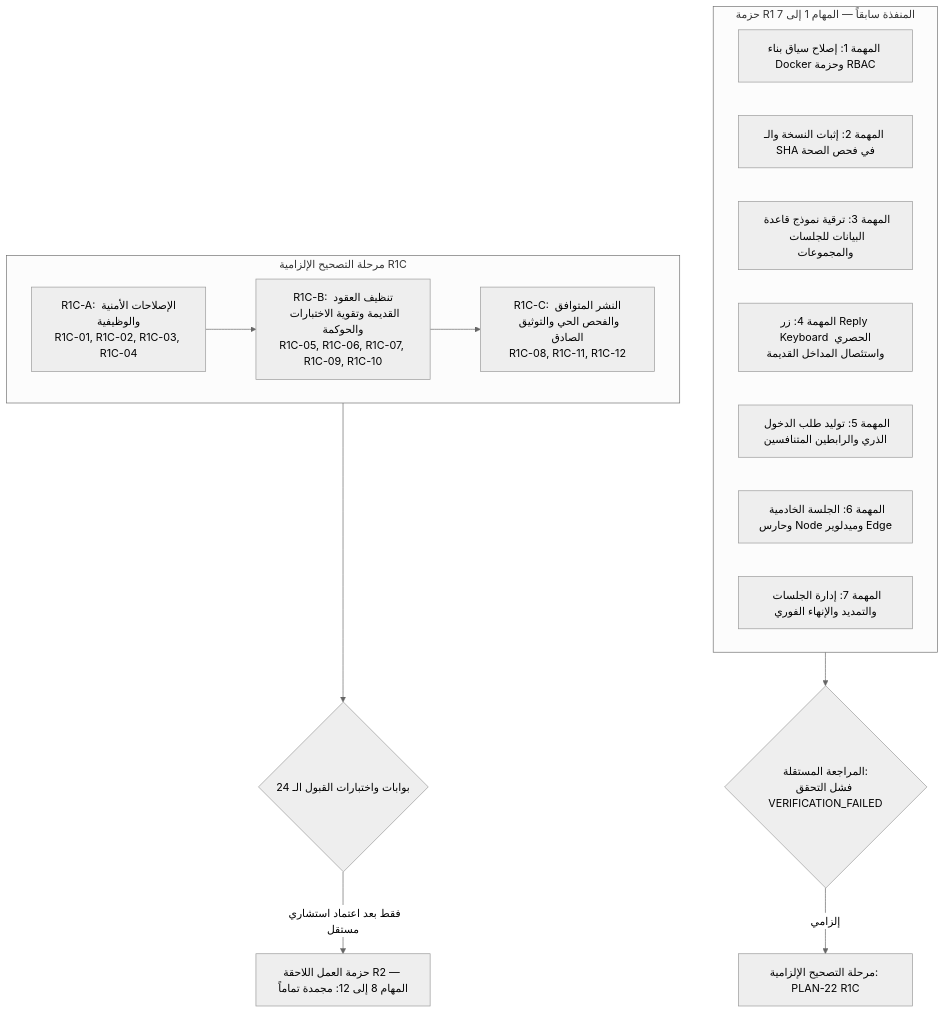
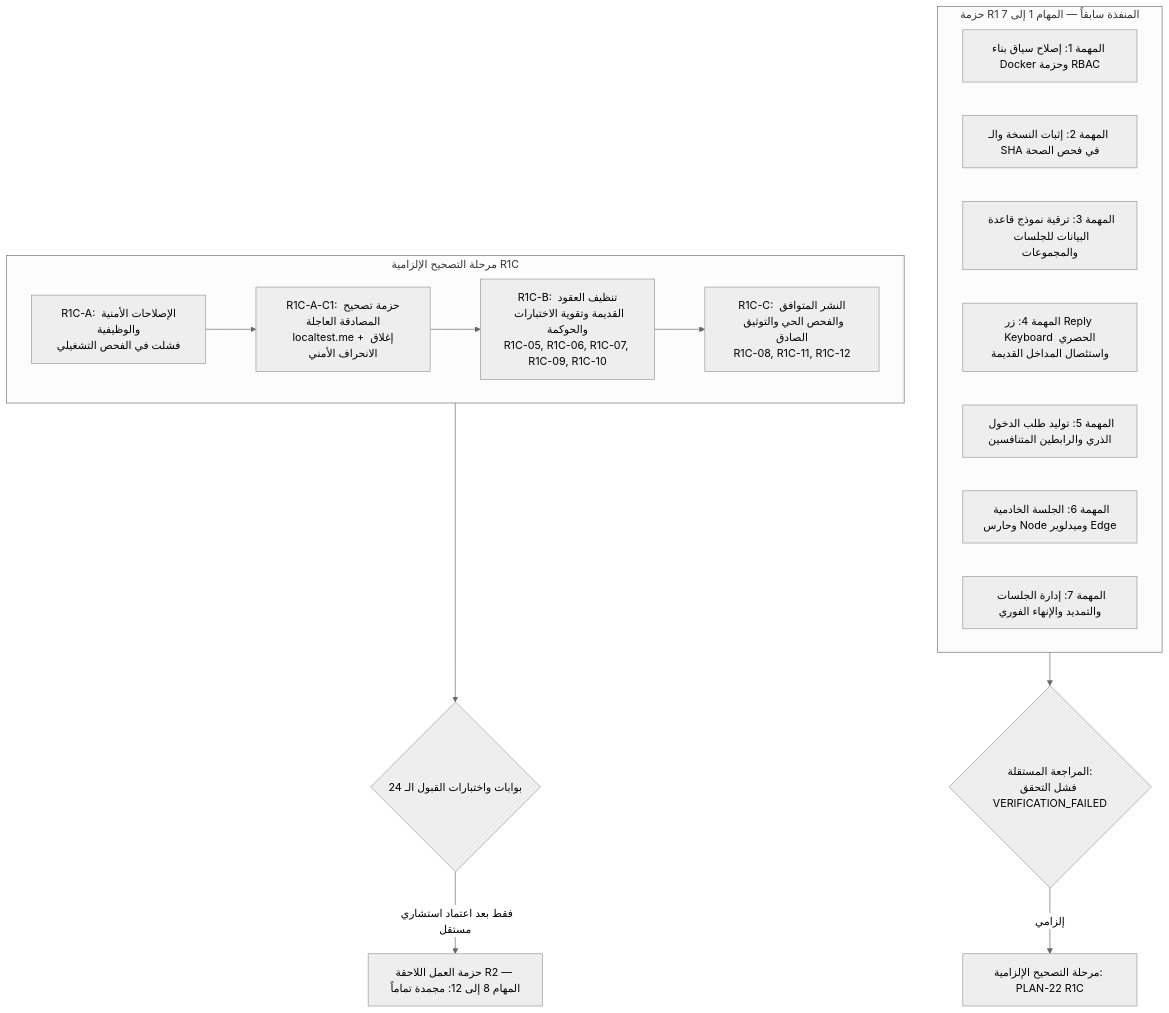
The diagram in docs/work-plans/22-plan-bot-only-dashboard-auth-and-session-remediation.md (SalehOsman/Alsaada-Smart-Bot), drawn with Mermaid (neutral theme) before and after one commit. The commit also changed other lines of this file and 56 other files, not shown here.

````diff
--- a/docs/work-plans/22-plan-bot-only-dashboard-auth-and-session-remediation.md
+++ b/docs/work-plans/22-plan-bot-only-dashboard-auth-and-session-remediation.md
@@ -65,26 +69,27 @@
 ```mermaid
 graph TD
     subgraph R1_Legacy [حزمة R1 المنفذة سابقاً — المهام 1 إلى 7]
         T1[المهمة 1: إصلاح سياق بناء Docker وحزمة RBAC]
         T2[المهمة 2: إثبات النسخة والـ SHA في فحص الصحة]
         T3[المهمة 3: ترقية نموذج قاعدة البيانات للجلسات والمجموعات]
         T4[المهمة 4: زر Reply Keyboard الحصري واستئصال المداخل القديمة]
         T5[المهمة 5: توليد طلب الدخول الذري والرابطين المتنافسين]
         T6[المهمة 6: الجلسة الخادمية وحارس Node وميدلوير Edge]
         T7[المهمة 7: إدارة الجلسات والتمديد والإنهاء الفوري]
     end
 
     R1_Legacy --> AuditDecision{المراجعة المستقلة:<br/>فشل التحقق VERIFICATION_FAILED}
 
     AuditDecision -->|إلزامي| R1C[مرحلة التصحيح الإلزامية: PLAN-22 R1C]
 
     subgraph R1C_Phase [مرحلة التصحيح الإلزامية R1C]
-        R1C_A[R1C-A: الإصلاحات الأمنية والوظيفية<br/>R1C-01, R1C-02, R1C-03, R1C-04]
+        R1C_A[R1C-A: الإصلاحات الأمنية والوظيفية<br/>فشلت في الفحص التشغيلي]
+        R1C_A_C1[R1C-A-C1: حزمة تصحيح المصادقة العاجلة<br/>localtest.me + إغلاق الانحراف الأمني]
         R1C_B[R1C-B: تنظيف العقود القديمة وتقوية الاختبارات والحوكمة<br/>R1C-05, R1C-06, R1C-07, R1C-09, R1C-10]
         R1C_C[R1C-C: النشر المتوافق والفحص الحي والتوثيق الصادق<br/>R1C-08, R1C-11, R1C-12]
-        R1C_A --> R1C_B --> R1C_C
+        R1C_A --> R1C_A_C1 --> R1C_B --> R1C_C
     end
 
     R1C_Phase --> AcceptanceGates{بوابات واختبارات القبول الـ 24}
     AcceptanceGates -->|فقط بعد اعتماد استشاري مستقل| R2_Frozen[حزمة العمل اللاحقة R2 — المهام 8 إلى 12: مجمدة تماماً]
 ```
````
